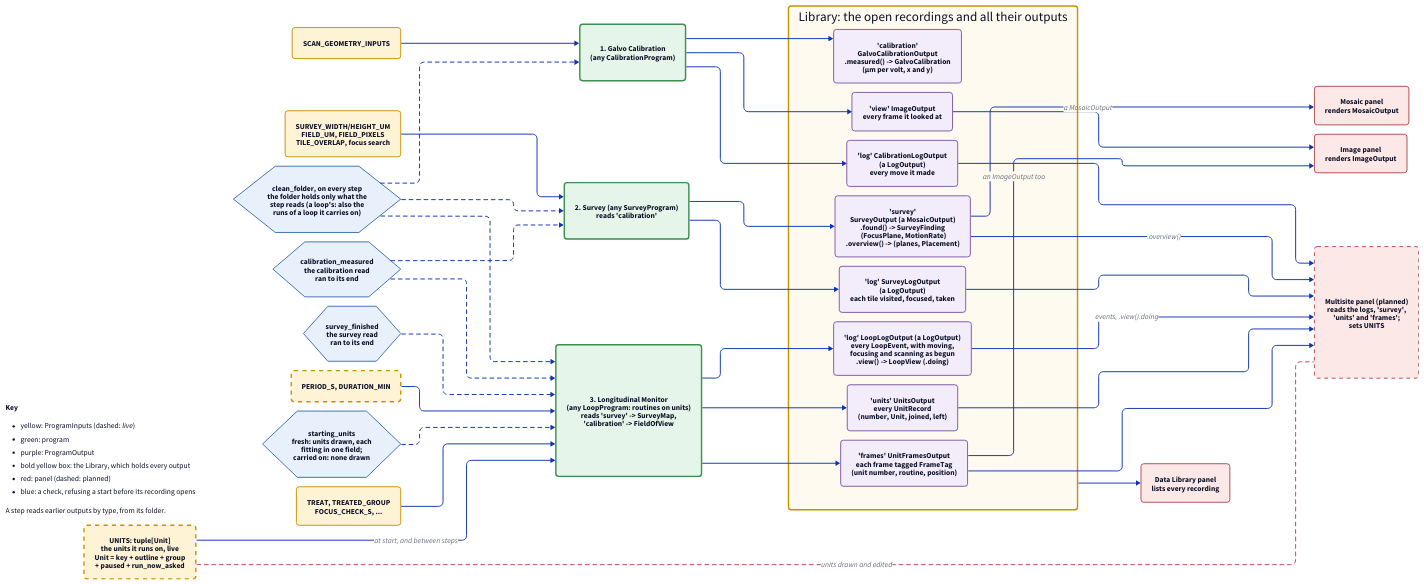
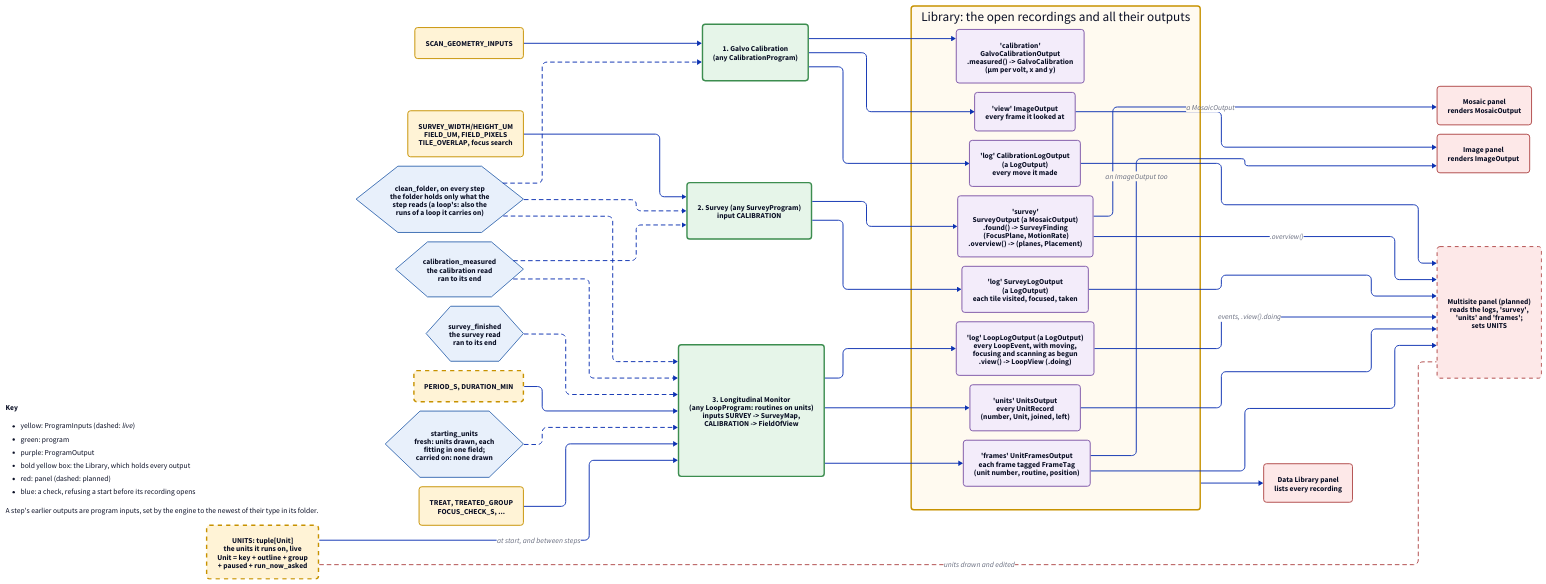
The diagram in docs/diagrams/multisite.d2 (FishyIshyFishy/pyrpoc), drawn with D2 before and after one commit. The commit also changed 25 other files, not shown here.

First line of the commit message:
Make earlier outputs ordinary program inputs

```diff
--- a/docs/diagrams/multisite.d2
+++ b/docs/diagrams/multisite.d2
@@ -1,104 +1,105 @@
 # Multisite, board 1 of 2: the pipeline. Each step's inputs, the program, the outputs it fills,
 # and what later steps and panels read of them. See multisite_loop.d2 for inside a loop.
 vars: {d2-config: {layout-engine: elk}}
 direction: right
 
 classes: {
   input: {style: {fill: "#fff3d6"; stroke: "#c79200"; border-radius: 6}}
   live: {style: {fill: "#fff3d6"; stroke: "#c79200"; stroke-width: 3; stroke-dash: 3; border-radius: 6}}
   prog: {style: {fill: "#e6f5e9"; stroke: "#3c8d4f"; stroke-width: 3; border-radius: 6}}
   check: {shape: hexagon; style: {fill: "#e8f0fb"; stroke: "#3b6db3"}}
   out: {style: {fill: "#f3ecfa"; stroke: "#7e57a8"; border-radius: 6}}
   panel: {style: {fill: "#fde8e8"; stroke: "#b04a4a"; border-radius: 6}}
   panel_new: {style: {fill: "#fde8e8"; stroke: "#b04a4a"; stroke-dash: 4; border-radius: 6}}
   library: {style: {fill: "#fffaf0"; stroke: "#c79200"; stroke-width: 3; border-radius: 6}}
 }
 
 # A node in the layout rather than pinned to a corner, which reserved a band of empty space.
 key: |md
   **Key**
   - yellow: ProgramInputs (dashed: *live*)
   - green: program
   - purple: ProgramOutput
   - bold yellow box: the Library,
     which holds every output
   - red: panel (dashed: planned)
   - blue: a check, refusing a start
     before its recording opens
 
-  A step reads earlier outputs by type,
-  from its folder.
+  A step's earlier outputs are program
+  inputs, set by the engine to the newest
+  of their type in its folder.
 | {style: {fill: "#ffffff"; stroke: "#bbbbbb"}}
 
 clean: "clean_folder, on every step\nthe folder holds only what the\nstep reads (a loop's: also the\nruns of a loop it carries on)" {class: check}
 clean -> cal {style.stroke-dash: 4}
 clean -> sur {style.stroke-dash: 4}
 clean -> loop {style.stroke-dash: 4}
 measured: "calibration_measured\nthe calibration read\nran to its end" {class: check}
 measured -> sur {style.stroke-dash: 4}
 measured -> loop {style.stroke-dash: 4}
 finished: "survey_finished\nthe survey read\nran to its end" {class: check}
 finished -> loop {style.stroke-dash: 4}
 starting: "starting_units\nfresh: units drawn, each\nfitting in one field;\ncarried on: none drawn" {class: check}
 starting -> loop {style.stroke-dash: 4}
 
 # ---------------------------------------------------------------- 1. calibration
 cal_in: "SCAN_GEOMETRY_INPUTS" {class: input}
 cal: "1. Galvo Calibration\n(any CalibrationProgram)" {class: prog}
 cal_in -> cal
 cal -> library.calibration
 cal -> library.view
 cal -> library.cal_log
 
 # ---------------------------------------------------------------- 2. survey
 sur_in: "SURVEY_WIDTH/HEIGHT_UM\nFIELD_UM, FIELD_PIXELS\nTILE_OVERLAP, focus search" {class: input}
-sur: "2. Survey (any SurveyProgram)\nreads 'calibration'" {class: prog}
+sur: "2. Survey (any SurveyProgram)\ninput CALIBRATION" {class: prog}
 sur_in -> sur
 sur -> library.survey
 sur -> library.survey_log
 
 # ---------------------------------------------------------------- 3. loop
 units: "UNITS: tuple[Unit]\nthe units it runs on, live\nUnit = key + outline + group\n+ paused + run_now_asked" {class: live}
 loop_in: "TREAT, TREATED_GROUP\nFOCUS_CHECK_S, ..." {class: input}
 monitor_live: "PERIOD_S, DURATION_MIN" {class: live}
-loop: "3. Longitudinal Monitor\n(any LoopProgram: routines on units)\nreads 'survey' -> SurveyMap,\n'calibration' -> FieldOfView" {class: prog}
+loop: "3. Longitudinal Monitor\n(any LoopProgram: routines on units)\ninputs SURVEY -> SurveyMap,\nCALIBRATION -> FieldOfView" {class: prog}
 units -> loop: "at start, and between steps"
 loop_in -> loop
 monitor_live -> loop
 loop -> library.log
 loop -> library.unit_records
 loop -> library.frames
 
 # ---------------------------------------------------------------- the library
 # Every output a program fills is in the library, inside its recording; panels only ever
 # reach an output there, each picking the outputs of the type it renders.
 library: "Library: the open recordings and all their outputs" {
   class: library
   calibration: "'calibration'\nGalvoCalibrationOutput\n.measured() -> GalvoCalibration\n(µm per volt, x and y)" {class: out}
   view: "'view' ImageOutput\nevery frame it looked at" {class: out}
   cal_log: "'log' CalibrationLogOutput\n(a LogOutput)\nevery move it made" {class: out}
   survey: "'survey'\nSurveyOutput (a MosaicOutput)\n.found() -> SurveyFinding\n  (FocusPlane, MotionRate)\n.overview() -> (planes, Placement)" {class: out}
   survey_log: "'log' SurveyLogOutput\n(a LogOutput)\neach tile visited, focused, taken" {class: out}
   log: "'log' LoopLogOutput (a LogOutput)\nevery LoopEvent, with moving,\nfocusing and scanning as begun\n.view() -> LoopView (.doing)" {class: out}
   unit_records: "'units' UnitsOutput\nevery UnitRecord\n(number, Unit, joined, left)" {class: out}
   frames: "'frames' UnitFramesOutput\neach frame tagged FrameTag\n(unit number, routine, position)" {class: out}
 }
 
 # ---------------------------------------------------------------- panels
 image: "Image panel\nrenders ImageOutput" {class: panel}
 mosaic: "Mosaic panel\nrenders MosaicOutput" {class: panel}
 data_library: "Data Library panel\nlists every recording" {class: panel}
 multisite_panel: "Multisite panel (planned)\nreads the logs, 'survey',\n'units' and 'frames';\nsets UNITS" {class: panel_new}
 library.view -> image
 library.frames -> image: "an ImageOutput too"
 library.survey -> mosaic: "a MosaicOutput"
 library.survey -> multisite_panel: ".overview()"
 library.cal_log -> multisite_panel
 library.survey_log -> multisite_panel
 library.log -> multisite_panel: "events, .view().doing"
 library.unit_records -> multisite_panel
 library.frames -> multisite_panel
 library -> data_library
 
 # What the multisite panel will send back: the units, before and while a loop runs.
 units -- multisite_panel: "units drawn and edited" {source-arrowhead.shape: triangle; style.stroke: "#b04a4a"; style.stroke-dash: 4}
```
